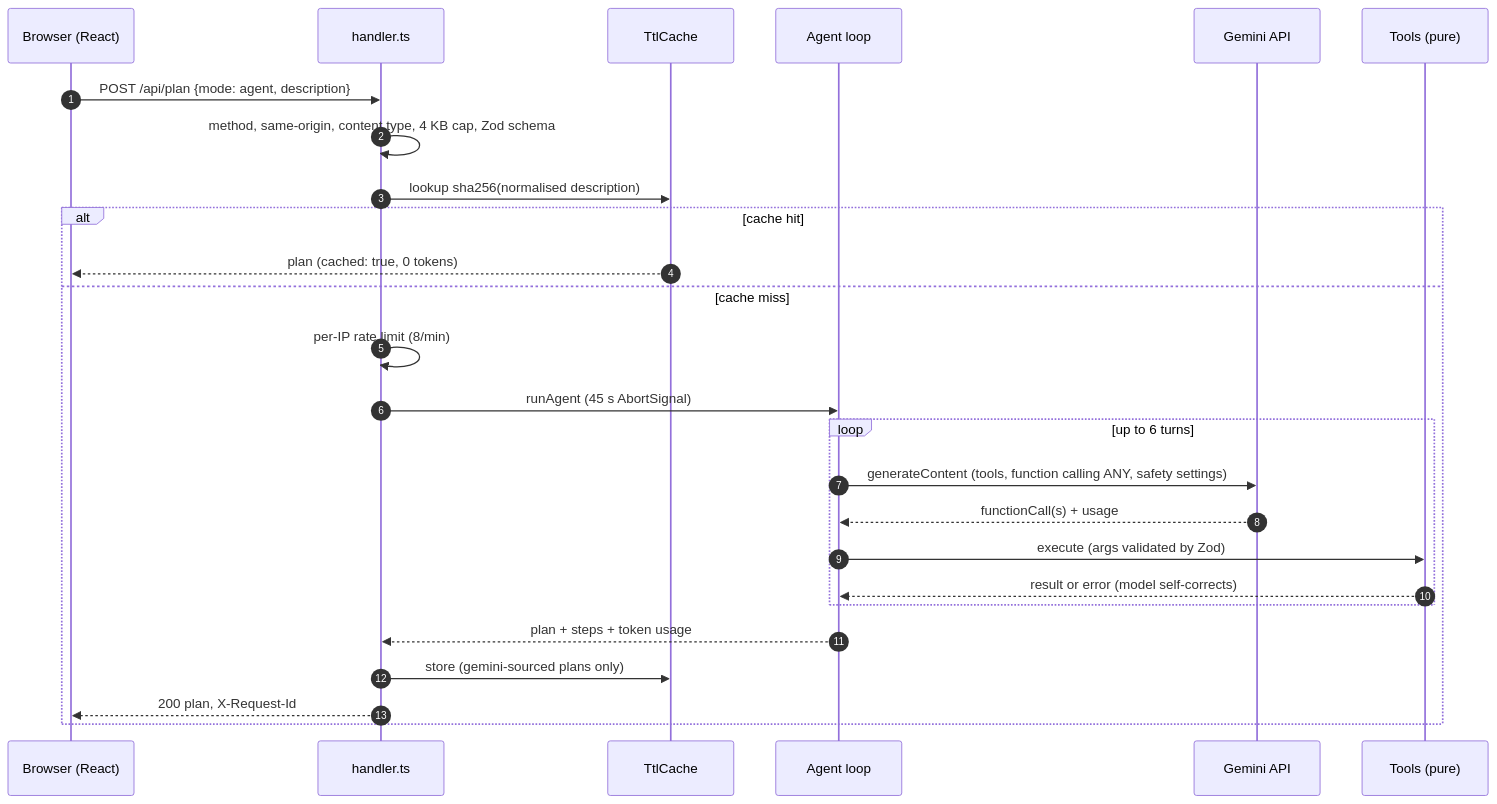
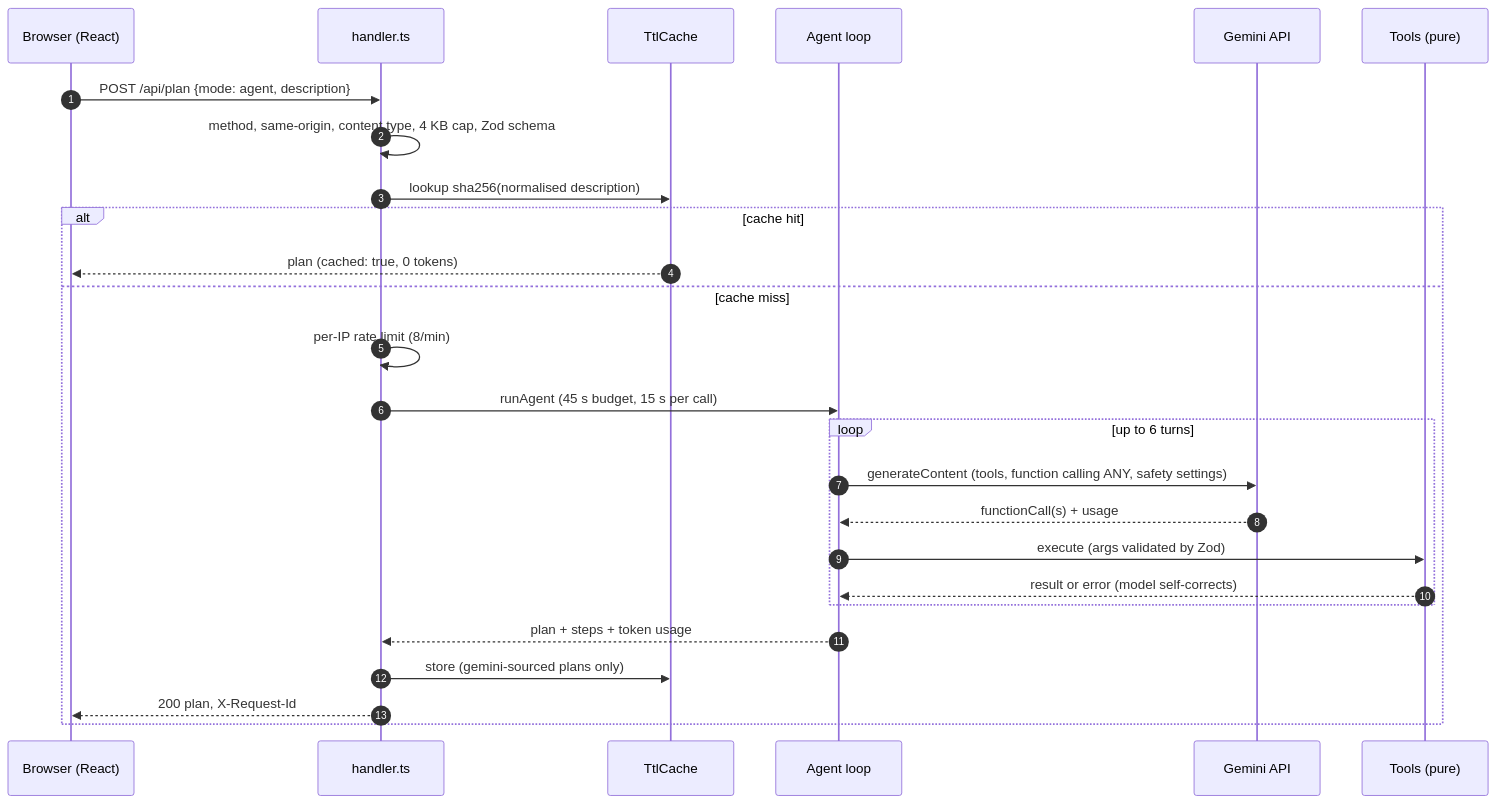
Before and after one commit to chinmaymeshram1-wq/promptwar: the diagram in docs/ARCHITECTURE.md, drawn with Mermaid. The commit also changed other lines of this file and 2 other files, not shown here.

Commit message:
docs: per-call timeout and updated test count

````diff
--- a/docs/ARCHITECTURE.md
+++ b/docs/ARCHITECTURE.md
@@ -14,29 +14,29 @@
 ```mermaid
 sequenceDiagram
     autonumber
     participant B as Browser (React)
     participant H as handler.ts
     participant C as TtlCache
     participant A as Agent loop
     participant G as Gemini API
     participant T as Tools (pure)
 
     B->>H: POST /api/plan {mode: agent, description}
     H->>H: method, same-origin, content type, 4 KB cap, Zod schema
     H->>C: lookup sha256(normalised description)
     alt cache hit
         C-->>B: plan (cached: true, 0 tokens)
     else cache miss
         H->>H: per-IP rate limit (8/min)
-        H->>A: runAgent (45 s AbortSignal)
+        H->>A: runAgent (45 s budget, 15 s per call)
         loop up to 6 turns
             A->>G: generateContent (tools, function calling ANY, safety settings)
             G-->>A: functionCall(s) + usage
             A->>T: execute (args validated by Zod)
             T-->>A: result or error (model self-corrects)
         end
         A-->>H: plan + steps + token usage
         H->>C: store (gemini-sourced plans only)
         H-->>B: 200 plan, X-Request-Id
     end
 ```
````
